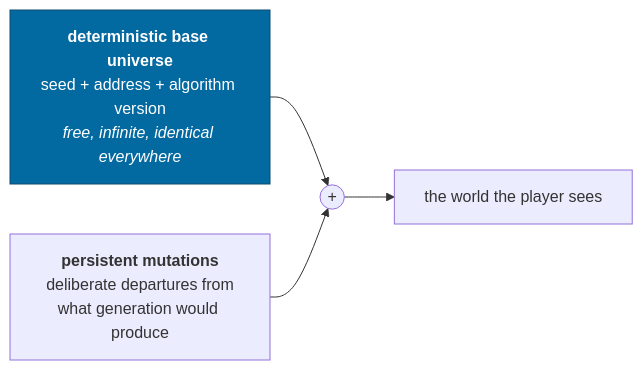
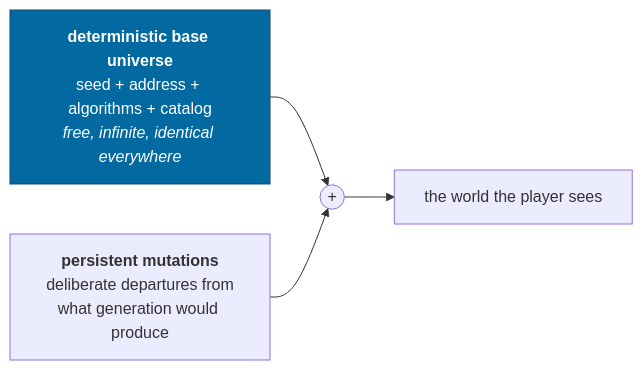
The first of 5 diagrams in docs/concepts/persistence.md (jonjaques/inertialref), drawn with Mermaid before and after one commit. The commit also changed other lines of this file and 53 other files, not shown here.

````diff
--- a/docs/concepts/persistence.md
+++ b/docs/concepts/persistence.md
@@ -18,13 +19,13 @@
 ```mermaid
 flowchart LR
-    BASE["<b>deterministic base universe</b><br/>seed + address + algorithm version<br/><i>free, infinite, identical everywhere</i>"]
+    BASE["<b>deterministic base universe</b><br/>seed + address + algorithms + catalog<br/><i>free, infinite, identical everywhere</i>"]
     MUT["<b>persistent mutations</b><br/>deliberate departures from<br/>what generation would produce"]
     PLUS(("+"))
     WORLD["the world the player sees"]
 
     BASE --> PLUS
     MUT --> PLUS
     PLUS --> WORLD
 
     style BASE fill:#0369a1,stroke:#0c4a6e,color:#fff
 ```
````
